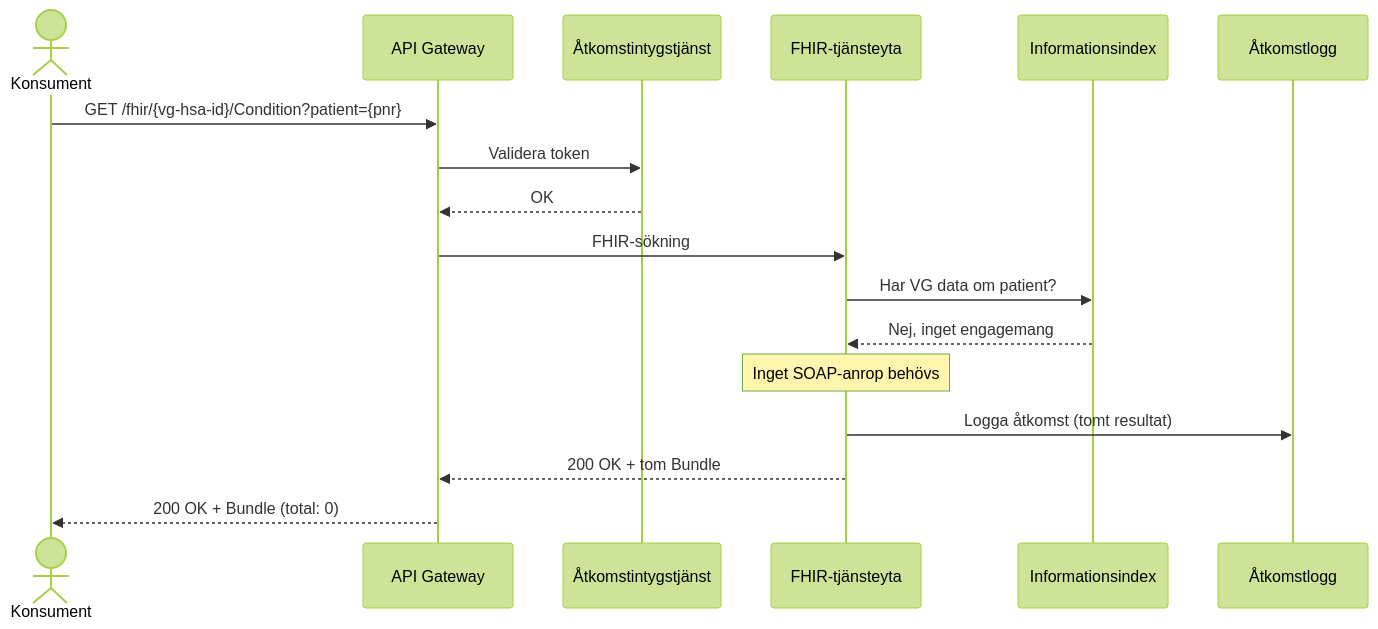
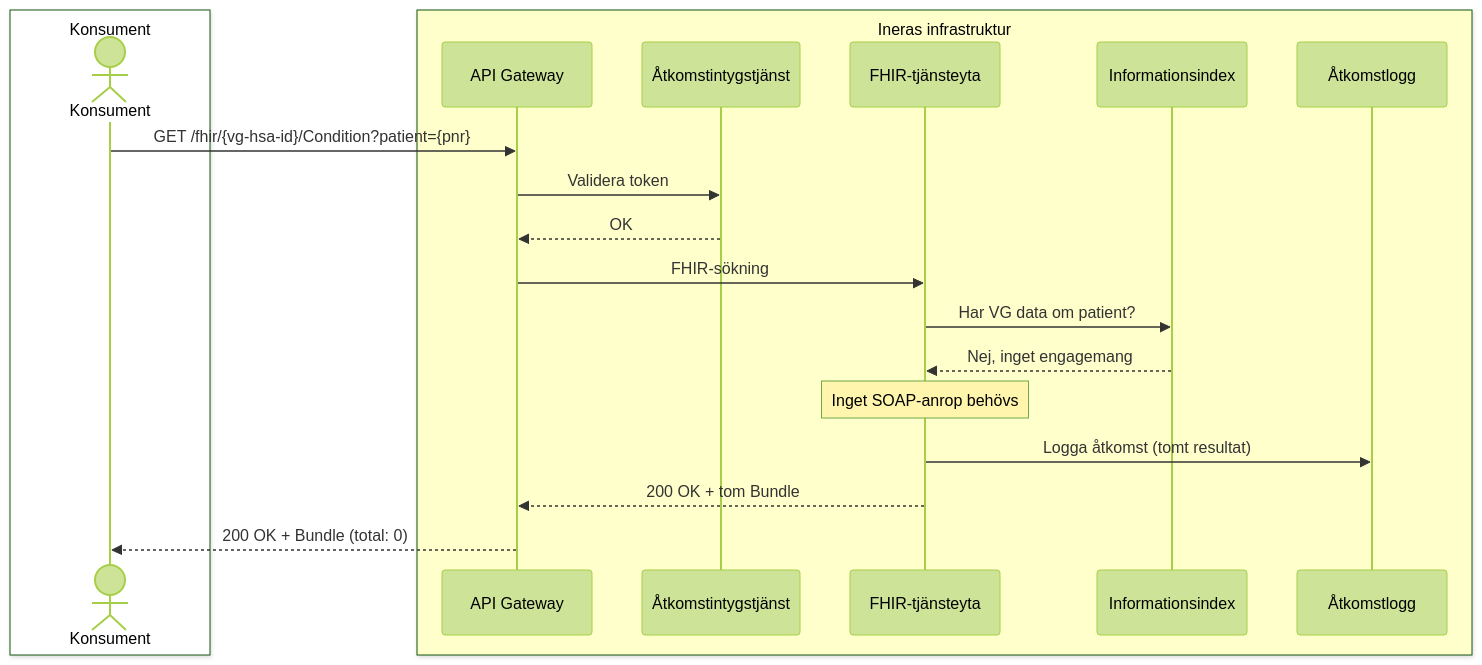
One commit to oskthu2/inera changed the second of 9 diagrams in T2/EHDS-brygga/losningsarkitektur-mvp-ehds.md. Above: the diagram before and after it, drawn with Mermaid (forest theme). The commit also changed other lines of this file, not shown here.

First line of the commit message:
Lägg till färgade boxar i alla Mermaid-diagram

````diff
--- a/T2/EHDS-brygga/losningsarkitektur-mvp-ehds.md
+++ b/T2/EHDS-brygga/losningsarkitektur-mvp-ehds.md
@@ -139,23 +139,27 @@
 ```mermaid
 sequenceDiagram
-    actor K as Konsument
-    participant GW as API Gateway
-    participant AT as Åtkomstintygstjänst
-    participant FY as FHIR-tjänsteyta
-    participant IX as Informationsindex
-    participant LG as Åtkomstlogg
+    box rgb(255,255,255) Konsument
+        actor K as Konsument
+    end
+    box rgb(255,255,204) Ineras infrastruktur
+        participant GW as API Gateway
+        participant AT as Åtkomstintygstjänst
+        participant FY as FHIR-tjänsteyta
+        participant IX as Informationsindex
+        participant LG as Åtkomstlogg
+    end
 
     K->>GW: GET /fhir/{vg-hsa-id}/Condition?patient={pnr}
     GW->>AT: Validera token
     AT-->>GW: OK
     GW->>FY: FHIR-sökning
 
     FY->>IX: Har VG data om patient?
     IX-->>FY: Nej, inget engagemang
 
     Note over FY: Inget SOAP-anrop behövs
 
     FY->>LG: Logga åtkomst (tomt resultat)
     FY-->>GW: 200 OK + tom Bundle
     GW-->>K: 200 OK + Bundle (total: 0)
 ```
````
